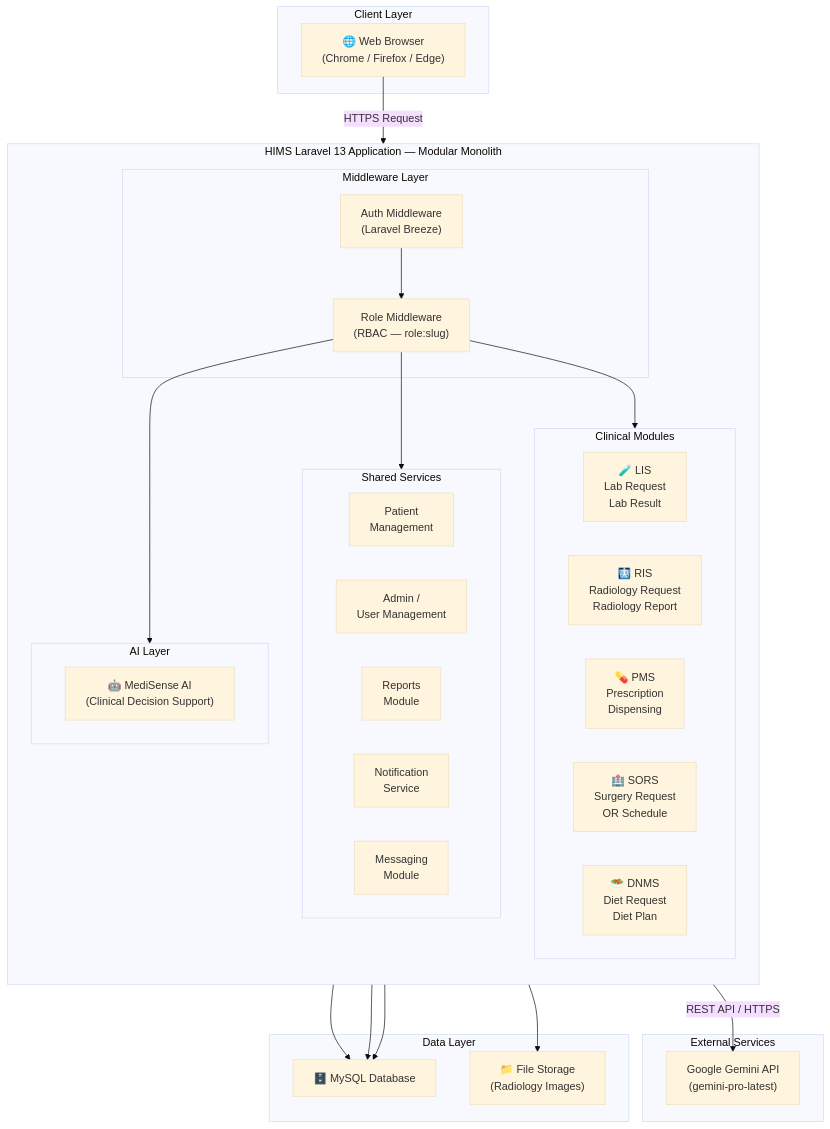
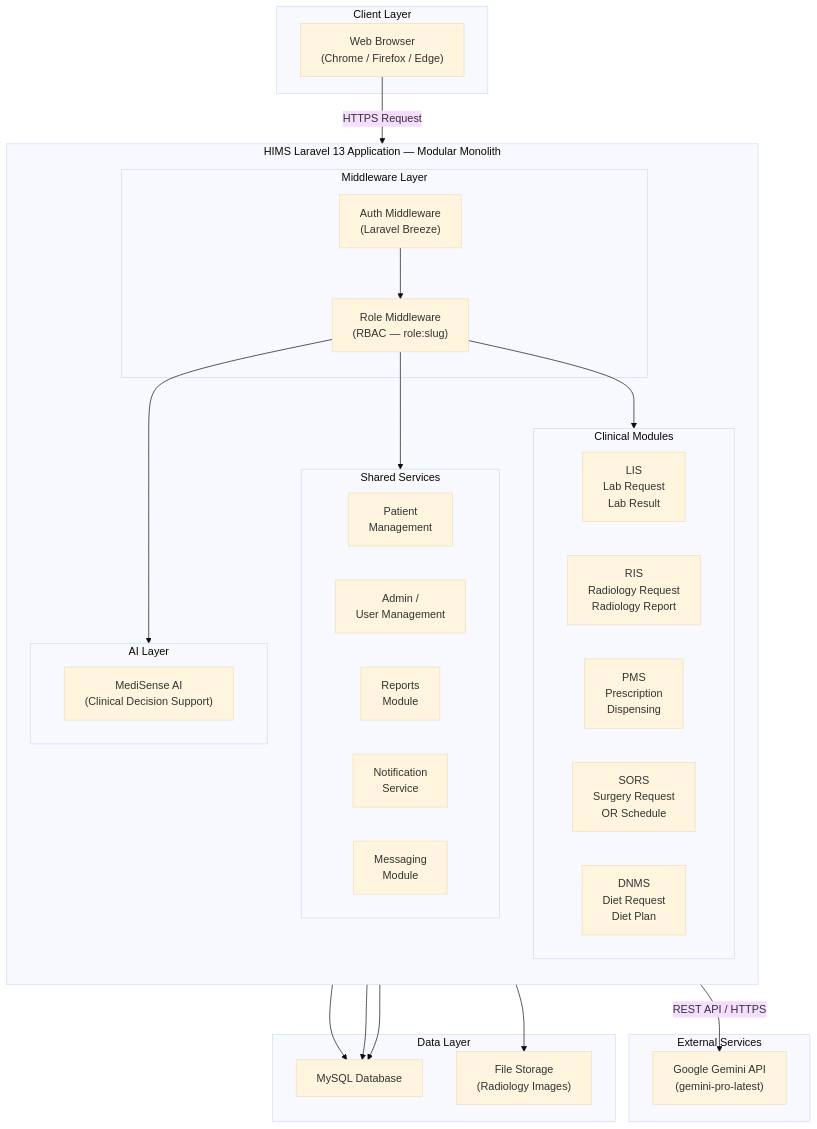
The third of 14 diagrams in hims_14_diagrams.md (Lesthermonleon/DTCS), drawn with Mermaid (base theme) before and after one commit. The commit also changed other lines of this file and 98 other files, not shown here.

Commit message:
feat: adopt ditc_hms_schema.sql as database single source of truth and remove obsolete migrations/seeders

````diff
--- a/hims_14_diagrams.md
+++ b/hims_14_diagrams.md
@@ -72,57 +72,57 @@
 ```mermaid
 graph TB
     subgraph CLIENT["Client Layer"]
-        BROWSER["🌐 Web Browser\n(Chrome / Firefox / Edge)"]
+        BROWSER["Web Browser\n(Chrome / Firefox / Edge)"]
     end
 
     subgraph APP["HIMS Laravel 13 Application — Modular Monolith"]
         direction TB
 
         subgraph MIDDLEWARE["Middleware Layer"]
             AUTH_MW["Auth Middleware\n(Laravel Breeze)"]
             ROLE_MW["Role Middleware\n(RBAC — role:slug)"]
         end
 
         subgraph MODULES["Clinical Modules"]
             direction LR
-            LIS["🧪 LIS\nLab Request\nLab Result"]
-            RIS["🩻 RIS\nRadiology Request\nRadiology Report"]
-            PMS["💊 PMS\nPrescription\nDispensing"]
-            SORS["🏥 SORS\nSurgery Request\nOR Schedule"]
-            DNMS["🥗 DNMS\nDiet Request\nDiet Plan"]
+            LIS["LIS\nLab Request\nLab Result"]
+            RIS["RIS\nRadiology Request\nRadiology Report"]
+            PMS["PMS\nPrescription\nDispensing"]
+            SORS["SORS\nSurgery Request\nOR Schedule"]
+            DNMS["DNMS\nDiet Request\nDiet Plan"]
         end
 
         subgraph SHARED["Shared Services"]
             direction LR
             PATIENT["Patient\nManagement"]
             ADMIN["Admin /\nUser Management"]
             REPORTS["Reports\nModule"]
             NOTIFY["Notification\nService"]
             MSG["Messaging\nModule"]
         end
 
         subgraph AI["AI Layer"]
-            MEDISENSE["🤖 MediSense AI\n(Clinical Decision Support)"]
+            MEDISENSE["MediSense AI\n(Clinical Decision Support)"]
         end
     end
 
     subgraph EXTERNAL["External Services"]
         GEMINI["Google Gemini API\n(gemini-pro-latest)"]
     end
 
     subgraph DATA["Data Layer"]
-        MYSQL["🗄️ MySQL Database"]
-        STORAGE["📁 File Storage\n(Radiology Images)"]
+        MYSQL["MySQL Database"]
+        STORAGE["File Storage\n(Radiology Images)"]
     end
 
     BROWSER -->|HTTPS Request| AUTH_MW
     AUTH_MW --> ROLE_MW
     ROLE_MW --> MODULES
     ROLE_MW --> SHARED
     ROLE_MW --> AI
     MODULES --> MYSQL
     SHARED --> MYSQL
     AI -->|REST API / HTTPS| GEMINI
     AI --> MYSQL
     RIS --> STORAGE
 ```
````
